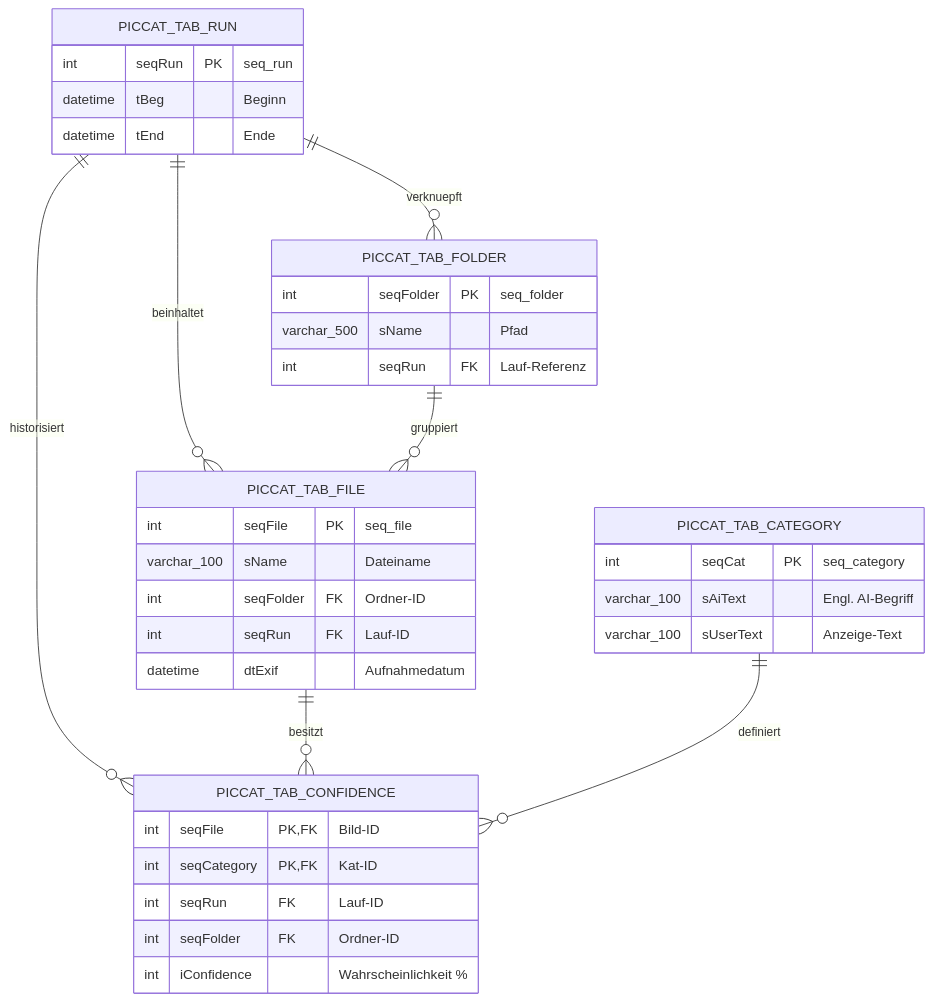
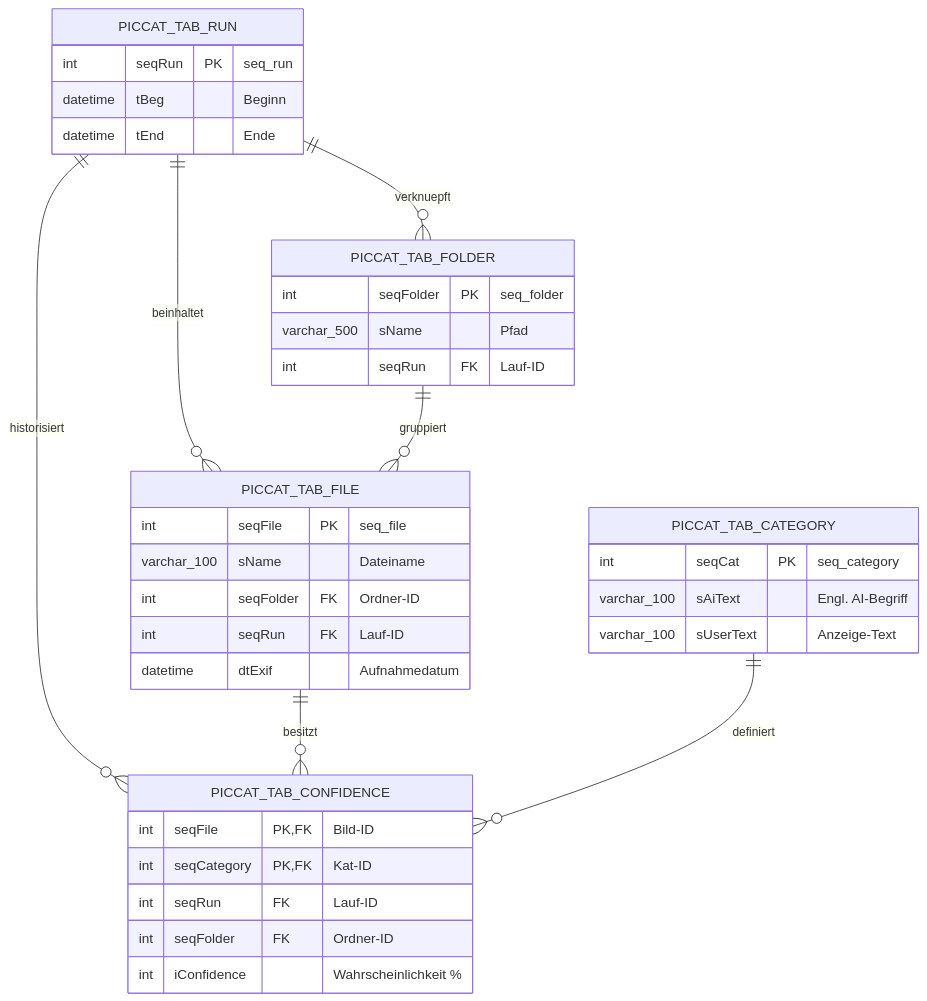
Before and after one commit to grasmax/piccat: the second of 2 diagrams in README.md, drawn with Mermaid. The commit also changed other lines of this file, not shown here.

````diff
--- a/README.md
+++ b/README.md
@@ -117,43 +120,43 @@
 ```mermaid
 erDiagram
     PICCAT_TAB_RUN ||--o{ PICCAT_TAB_FOLDER : "verknuepft"
     PICCAT_TAB_RUN ||--o{ PICCAT_TAB_FILE : "beinhaltet"
     PICCAT_TAB_RUN ||--o{ PICCAT_TAB_CONFIDENCE : "historisiert"
     PICCAT_TAB_FOLDER ||--o{ PICCAT_TAB_FILE : "gruppiert"
     PICCAT_TAB_FILE ||--o{ PICCAT_TAB_CONFIDENCE : "besitzt"
     PICCAT_TAB_CATEGORY ||--o{ PICCAT_TAB_CONFIDENCE : "definiert"
 
     PICCAT_TAB_RUN {
         int seqRun PK "seq_run"
         datetime tBeg "Beginn"
         datetime tEnd "Ende"
     }
 
     PICCAT_TAB_FOLDER {
         int seqFolder PK "seq_folder"
         varchar_500 sName "Pfad"
-        int seqRun FK "Lauf-Referenz"
+        int seqRun FK "Lauf-ID"
     }
 
     PICCAT_TAB_FILE {
         int seqFile PK "seq_file"
         varchar_100 sName "Dateiname"
         int seqFolder FK "Ordner-ID"
         int seqRun FK "Lauf-ID"
         datetime dtExif "Aufnahmedatum"
     }
 
     PICCAT_TAB_CATEGORY {
         int seqCat PK "seq_category"
         varchar_100 sAiText "Engl. AI-Begriff"
         varchar_100 sUserText "Anzeige-Text"
     }
 
     PICCAT_TAB_CONFIDENCE {
         int seqFile PK, FK "Bild-ID"
         int seqCategory PK, FK "Kat-ID"
         int seqRun FK "Lauf-ID"
         int seqFolder FK "Ordner-ID"
         int iConfidence "Wahrscheinlichkeit %"
     }
 ```
````
